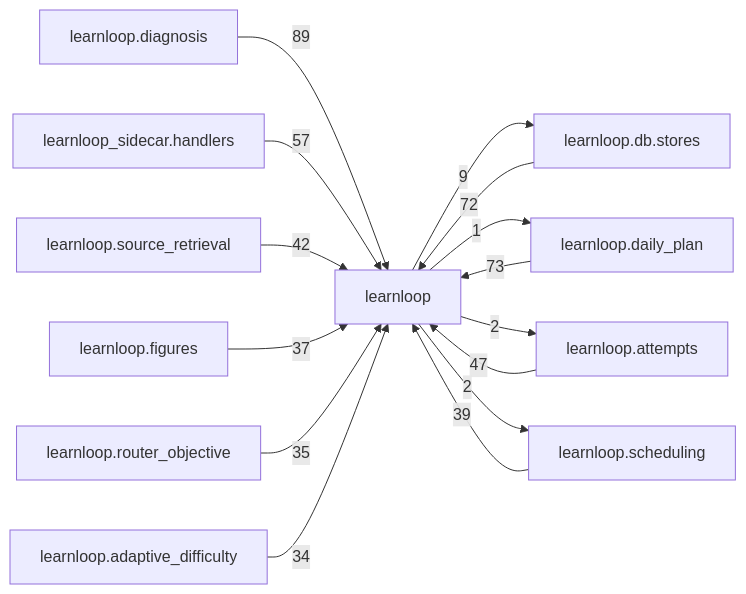
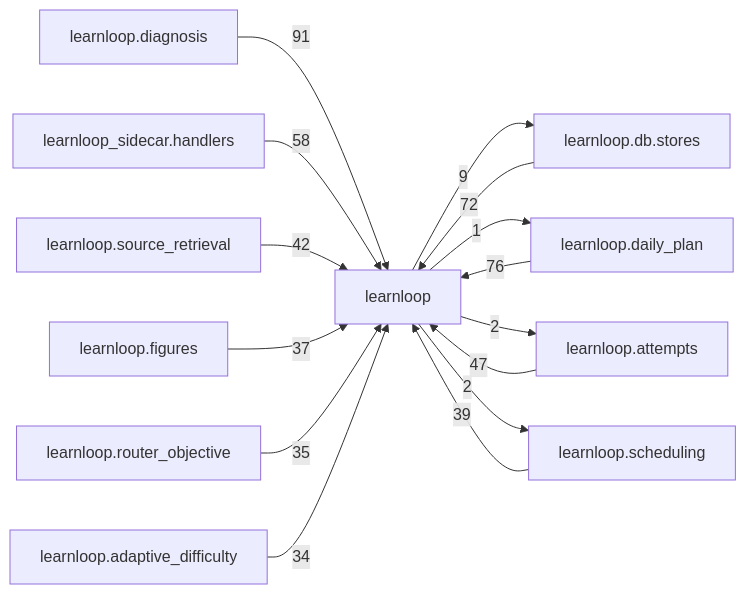
One commit to 6up-b/learnanything changed the diagram in docs/learnloop-architecture-vault/Reference/Modules/learnloop/_package.md. Above: the diagram before and after it, drawn with Mermaid. The commit also changed other lines of this file and 95 other files, not shown here.

````diff
--- a/docs/learnloop-architecture-vault/Reference/Modules/learnloop/_package.md
+++ b/docs/learnloop-architecture-vault/Reference/Modules/learnloop/_package.md
@@ -275,28 +275,28 @@
 ```mermaid
 flowchart LR
     center["learnloop"]
     n_learnloop_diagnosis["learnloop.diagnosis"]
     n_learnloop_db_stores["learnloop.db.stores"]
     n_learnloop_daily_plan["learnloop.daily_plan"]
     n_learnloop_sidecar_handlers["learnloop_sidecar.handlers"]
     n_learnloop_attempts["learnloop.attempts"]
     n_learnloop_source_retrieval["learnloop.source_retrieval"]
     n_learnloop_scheduling["learnloop.scheduling"]
     n_learnloop_figures["learnloop.figures"]
     n_learnloop_router_objective["learnloop.router_objective"]
     n_learnloop_adaptive_difficulty["learnloop.adaptive_difficulty"]
-    n_learnloop_diagnosis -->|89| center
+    n_learnloop_diagnosis -->|91| center
     n_learnloop_db_stores -->|72| center
     center -->|9| n_learnloop_db_stores
-    n_learnloop_daily_plan -->|73| center
+    n_learnloop_daily_plan -->|76| center
     center -->|1| n_learnloop_daily_plan
-    n_learnloop_sidecar_handlers -->|57| center
+    n_learnloop_sidecar_handlers -->|58| center
     n_learnloop_attempts -->|47| center
     center -->|2| n_learnloop_attempts
     n_learnloop_source_retrieval -->|42| center
     n_learnloop_scheduling -->|39| center
     center -->|2| n_learnloop_scheduling
     n_learnloop_figures -->|37| center
     n_learnloop_router_objective -->|35| center
     n_learnloop_adaptive_difficulty -->|34| center
 ```
````
